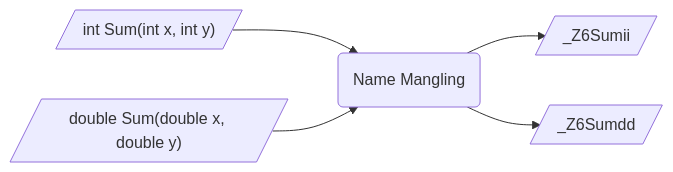
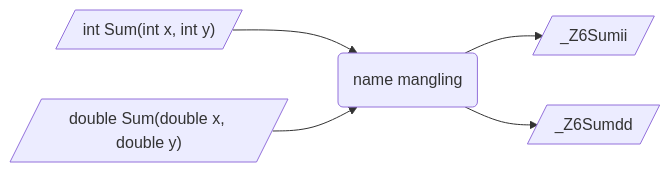
The diagram in _posts/language/c_c++/c++/2024-11-07-命名修饰.md (dmjcb/dmjcb.github.io), drawn with Mermaid before and after one commit. The commit also changed 28 other files, not shown here.

````diff
--- a/_posts/language/c_c++/c++/2024-11-07-命名修饰.md
+++ b/_posts/language/c_c++/c++/2024-11-07-命名修饰.md
@@ -19,10 +19,10 @@
 ```mermaid
 graph LR;
     A[/"int Sum(int x, int y)"/]
     A1[/"_Z6Sumii"/]
     B[/"double Sum(double x, double y)"/]
     B1[/"_Z6Sumdd"/]
-    C(Name Mangling)
+    C(name mangling)
     A-->C-->A1
     B-->C-->B1
 ```
````
